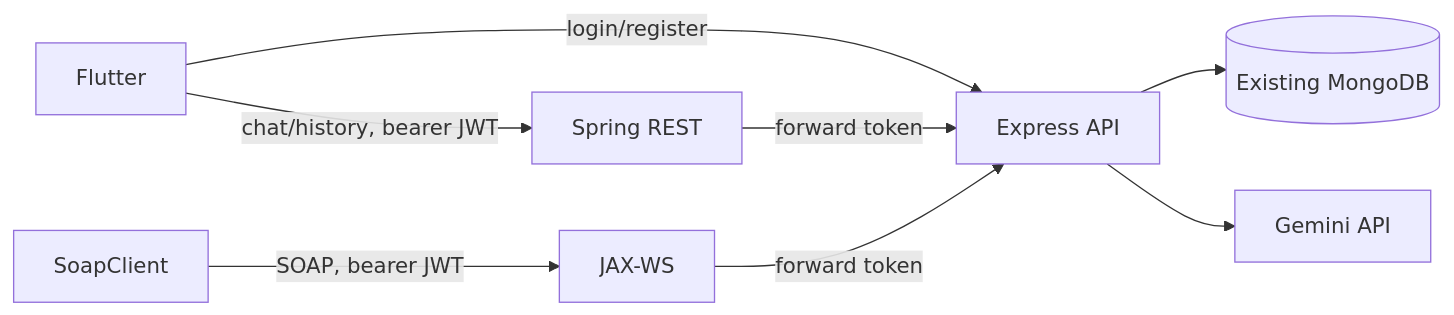
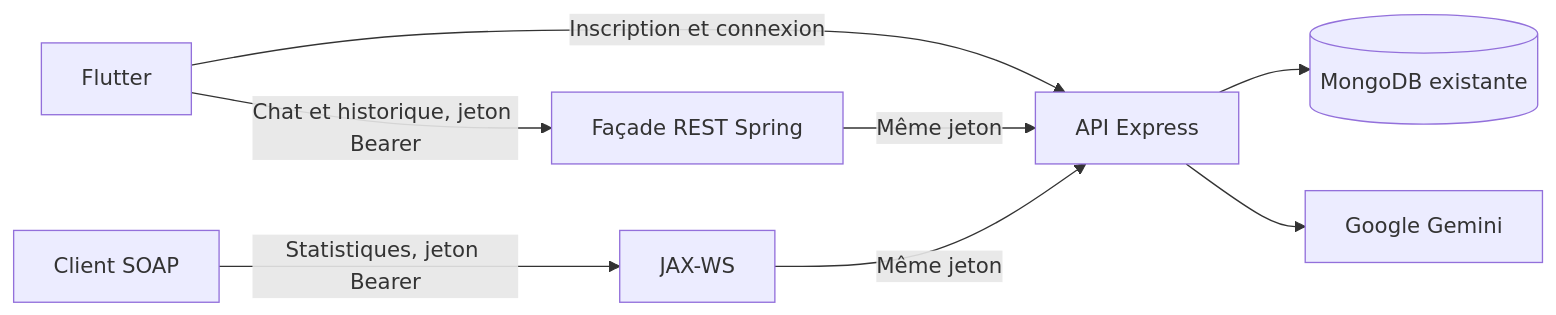
Before and after one commit to wess4sec/E7KILI: the diagram in docs/architecture.md, drawn with Mermaid. The commit also changed other lines of this file and 20 other files, not shown here.

````diff
--- a/docs/architecture.md
+++ b/docs/architecture.md
@@ -81,10 +40,10 @@
 ```mermaid
 flowchart LR
-  Flutter -->|login/register| Node[Express API]
-  Flutter -->|chat/history, bearer JWT| REST[Spring REST]
-  REST -->|forward token| Node
-  SoapClient -->|SOAP, bearer JWT| SOAP[JAX-WS]
-  SOAP -->|forward token| Node
-  Node --> Mongo[(Existing MongoDB)]
-  Node --> Gemini[Gemini API]
+  Flutter -->|Inscription et connexion| Node[API Express]
+  Flutter -->|Chat et historique, jeton Bearer| Spring[Façade REST Spring]
+  Spring -->|Même jeton| Node
+  ClientSOAP[Client SOAP] -->|Statistiques, jeton Bearer| SOAP[JAX-WS]
+  SOAP -->|Même jeton| Node
+  Node --> Mongo[(MongoDB existante)]
+  Node --> Gemini[Google Gemini]
 ```
````
